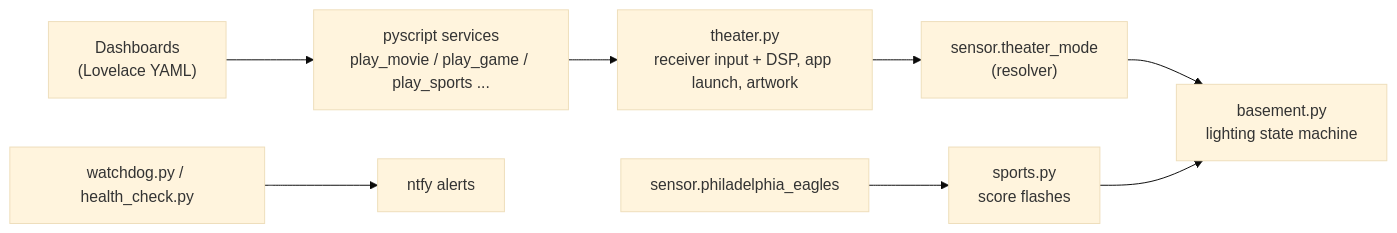
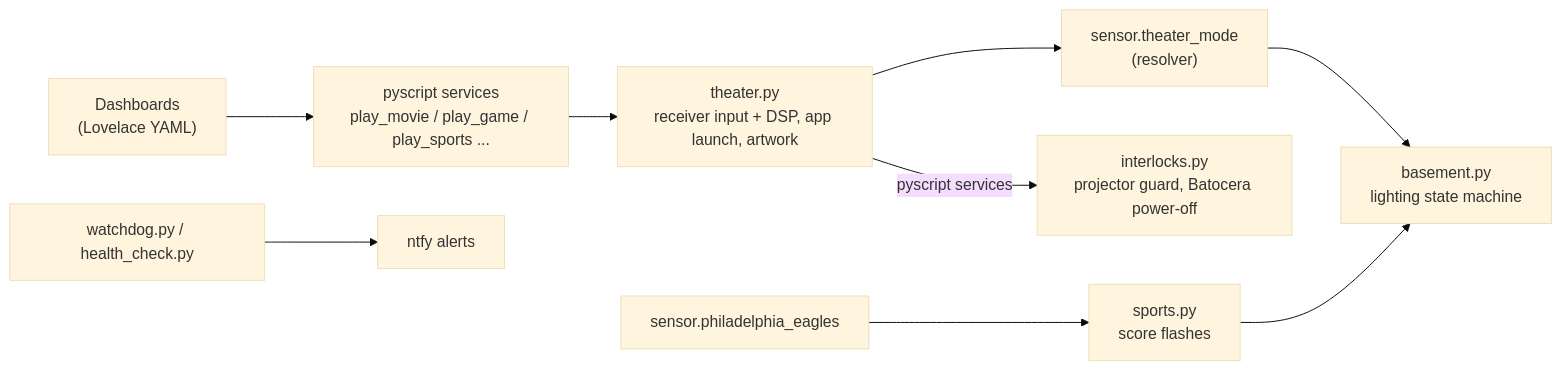
One commit to MFeret11/home-assistant-config changed the diagram in README.md. Above: the diagram before and after it, drawn with Mermaid (base theme). The commit also changed other lines of this file and 9 other files, not shown here.

First line of the commit message:
Projector stays in standby; move interlocks into interlocks.py

````diff
--- a/README.md
+++ b/README.md
@@ -29,10 +29,11 @@
 ```mermaid
 flowchart LR
     UI["Dashboards<br/>(Lovelace YAML)"] --> SVC["pyscript services<br/>play_movie / play_game / play_sports ..."]
     SVC --> AV["theater.py<br/>receiver input + DSP, app launch, artwork"]
     AV --> MODE["sensor.theater_mode<br/>(resolver)"]
+    AV -- "pyscript services" --> IL["interlocks.py<br/>projector guard, Batocera power-off"]
     MODE --> LIGHT["basement.py<br/>lighting state machine"]
     EAGLES["sensor.philadelphia_eagles"] --> SPORTS["sports.py<br/>score flashes"]
     SPORTS --> LIGHT
     WD["watchdog.py / health_check.py"] --> NTFY["ntfy alerts"]
 ```
````
